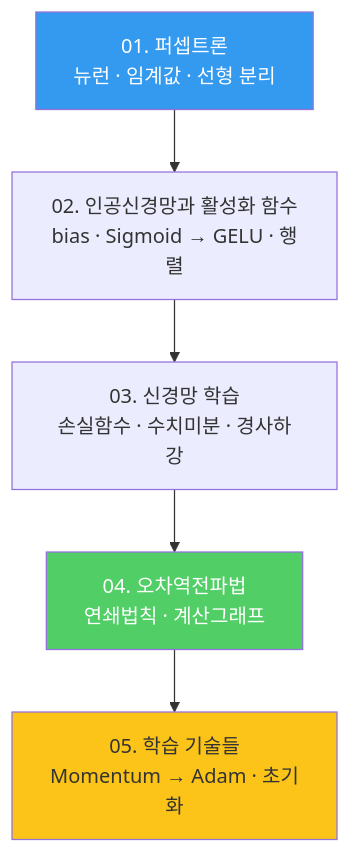
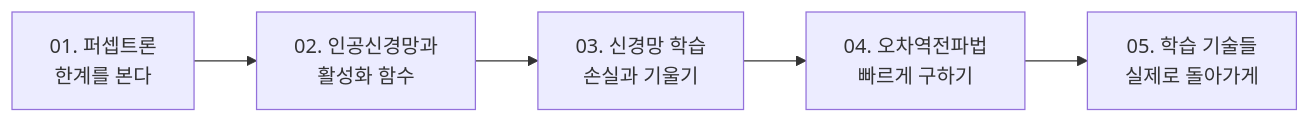
Before and after one commit to umyunsang/edu: the diagram in ComputerScience/03_ai-ml-data/neural-networks/00. 신경망 인덱스.md, drawn with Mermaid. The commit also changed other lines of this file and 1 other file, not shown here.

Commit message:
Auto-save: Updated ComputerScience/03_ai-ml-data/neural-networks/00. 신경망 인덱스.md, ComputerScience/03_ai-ml-data/neural-networks/05. 학습 기술들.md

````diff
--- a/ComputerScience/03_ai-ml-data/neural-networks/00. 신경망 인덱스.md
+++ b/ComputerScience/03_ai-ml-data/neural-networks/00. 신경망 인덱스.md
@@ -32,11 +24,7 @@
 ```mermaid
-flowchart TD
-    N01["01. 퍼셉트론<br/>뉴런 · 임계값 · 선형 분리"] --> N02["02. 인공신경망과 활성화 함수<br/>bias · Sigmoid → GELU · 행렬"]
-    N02 --> N03["03. 신경망 학습<br/>손실함수 · 수치미분 · 경사하강"]
-    N03 --> N04["04. 오차역전파법<br/>연쇄법칙 · 계산그래프"]
-    N04 --> N05["05. 학습 기술들<br/>Momentum → Adam · 초기화"]
-
-    style N01 fill:#339af0,color:#fff
-    style N04 fill:#51cf66,color:#fff
-    style N05 fill:#fcc419,color:#333
+flowchart LR
+    N1["01. 퍼셉트론<br/>한계를 본다"] --> N2["02. 인공신경망과<br/>활성화 함수"]
+    N2 --> N3["03. 신경망 학습<br/>손실과 기울기"]
+    N3 --> N4["04. 오차역전파법<br/>빠르게 구하기"]
+    N4 --> N5["05. 학습 기술들<br/>실제로 돌아가게"]
 ```
````
